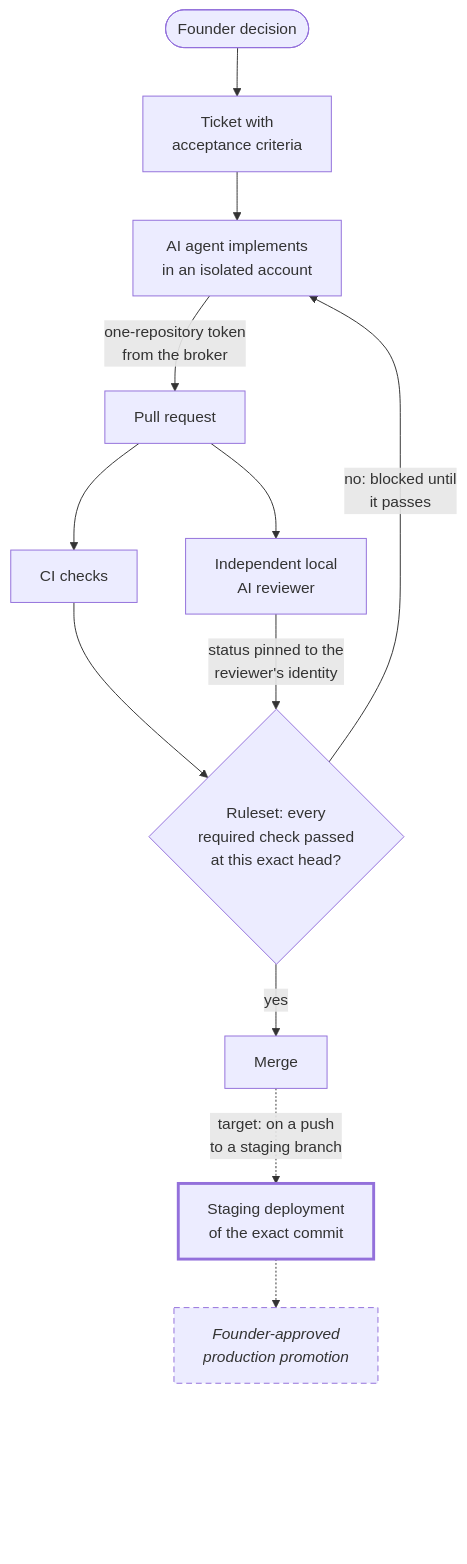
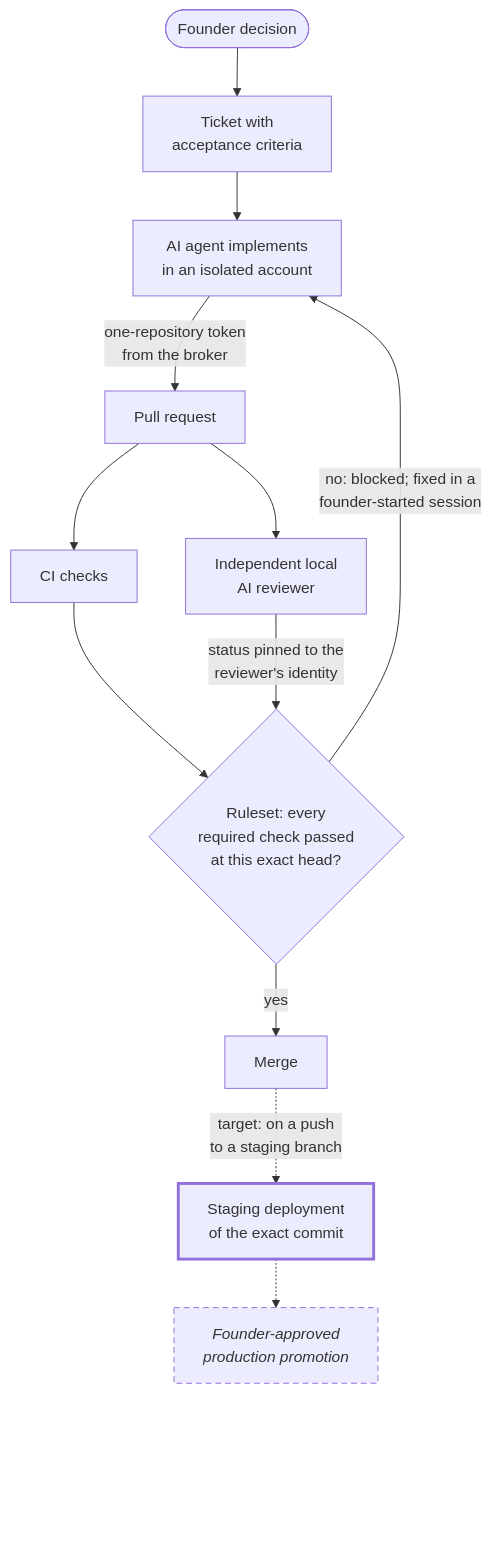
The diagram in README.md (mk-global/engineering-showcase), drawn with Mermaid before and after one commit. The commit also changed 1 other file, not shown here.

Commit message:
Say how blocked work returns to the agent in the README diagram (#6)
The failure edge went straight back to the agent, which read as an
automatic return; the operating model records that the agent works in
sessions the founder starts.

````diff
--- a/README.md
+++ b/README.md
@@ -48,24 +48,24 @@
 ```mermaid
 flowchart TD
     founder(["Founder decision"]) --> ticket["Ticket with<br/>acceptance criteria"]
     ticket --> agent["AI agent implements<br/>in an isolated account"]
     agent -->|"one-repository token<br/>from the broker"| pr["Pull request"]
     pr --> ci["CI checks"]
     pr --> review["Independent local<br/>AI reviewer"]
     ci --> gate{"Ruleset: every<br/>required check passed<br/>at this exact head?"}
     review -->|"status pinned to the<br/>reviewer's identity"| gate
     gate -->|"yes"| merge["Merge"]
-    gate -->|"no: blocked until<br/>it passes"| agent
+    gate -->|"no: blocked; fixed in a<br/>founder-started session"| agent
     merge -.->|"target: on a push<br/>to a staging branch"| staging["Staging deployment<br/>of the exact commit"]
     staging -.-> prod["Founder-approved<br/>production promotion"]
     %% An invisible spacer keeps the last node clear of the pan and zoom
     %% controls GitHub draws over the bottom-right corner on narrow screens.
     prod ~~~ spacer["<br/><br/><br/><br/>"]
 
     classDef notinservice stroke-width:3px;
     classDef planned stroke-dasharray: 6 4,font-style:italic;
     classDef spacer fill:none,stroke:none;
     class staging notinservice;
     class prod planned;
     class spacer spacer;
 ```
````
